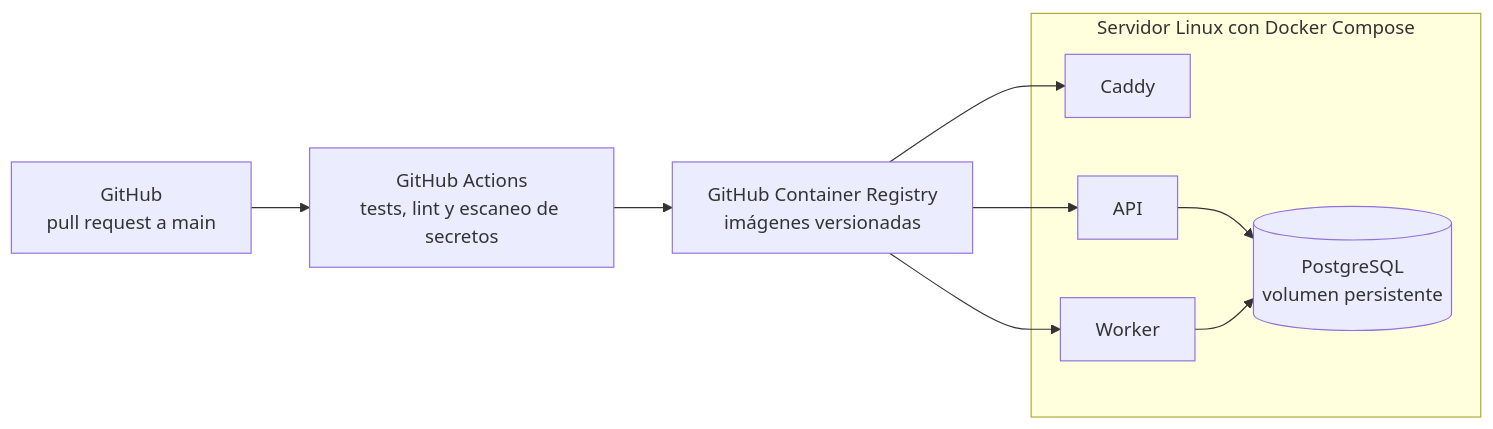
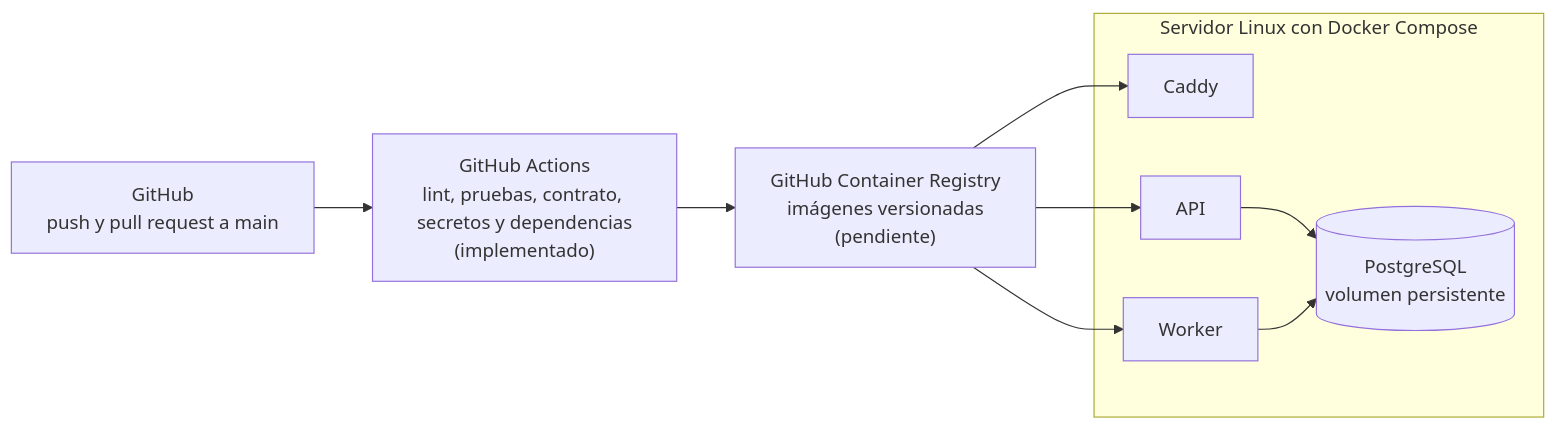
Before and after one commit to LIDR-academy-temp/AI4Devs-finalproject: the fourth of 5 diagrams in readme.md, drawn with Mermaid. The commit also changed other lines of this file and 7 other files, not shown here.

````diff
--- a/readme.md
+++ b/readme.md
@@ -349,16 +351,16 @@
 ```mermaid
 flowchart LR
-    G["GitHub<br/>pull request a main"] --> C["GitHub Actions<br/>tests, lint y escaneo de secretos"]
-    C --> R["GitHub Container Registry<br/>imágenes versionadas"]
+    G["GitHub<br/>push y pull request a main"] --> C["GitHub Actions<br/>lint, pruebas, contrato, secretos y dependencias<br/>(implementado)"]
+    C --> R["GitHub Container Registry<br/>imágenes versionadas<br/>(pendiente)"]
     R --> P
     R --> A
     R --> W
     subgraph V["Servidor Linux con Docker Compose"]
         P["Caddy"]
         A["API"]
         W["Worker"]
         D[("PostgreSQL<br/>volumen persistente")]
         A --> D
         W --> D
     end
 ```
````
